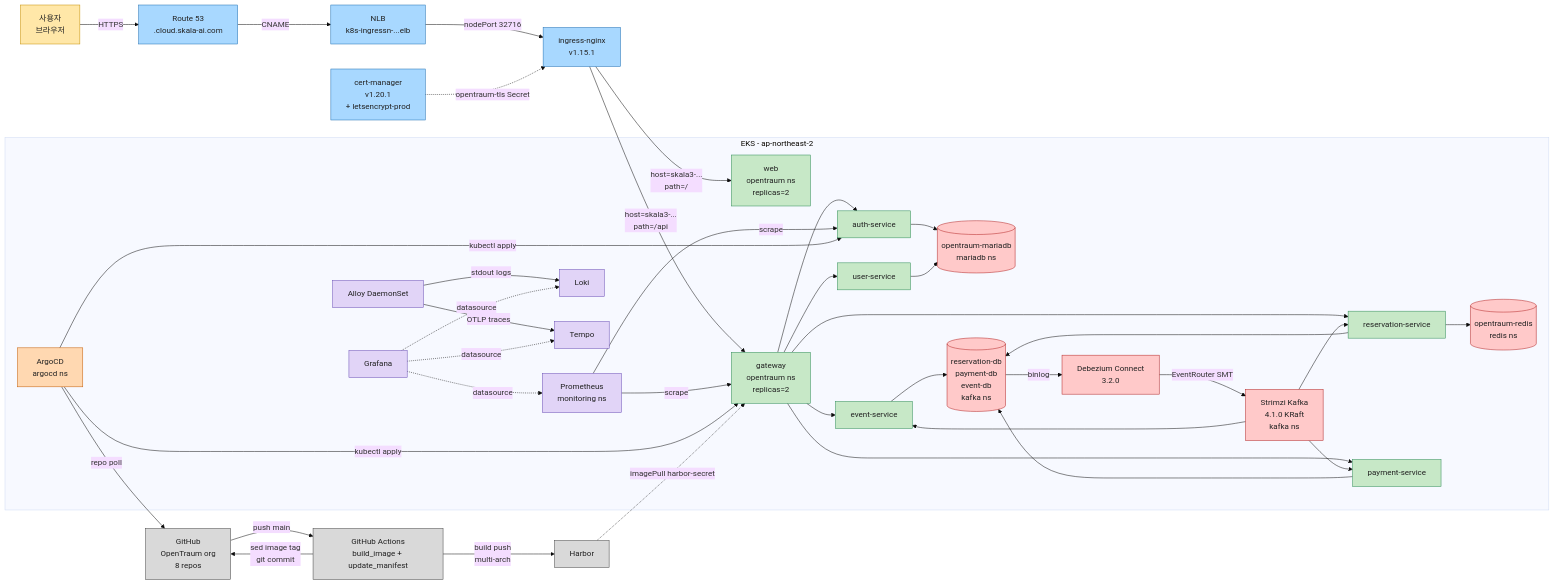
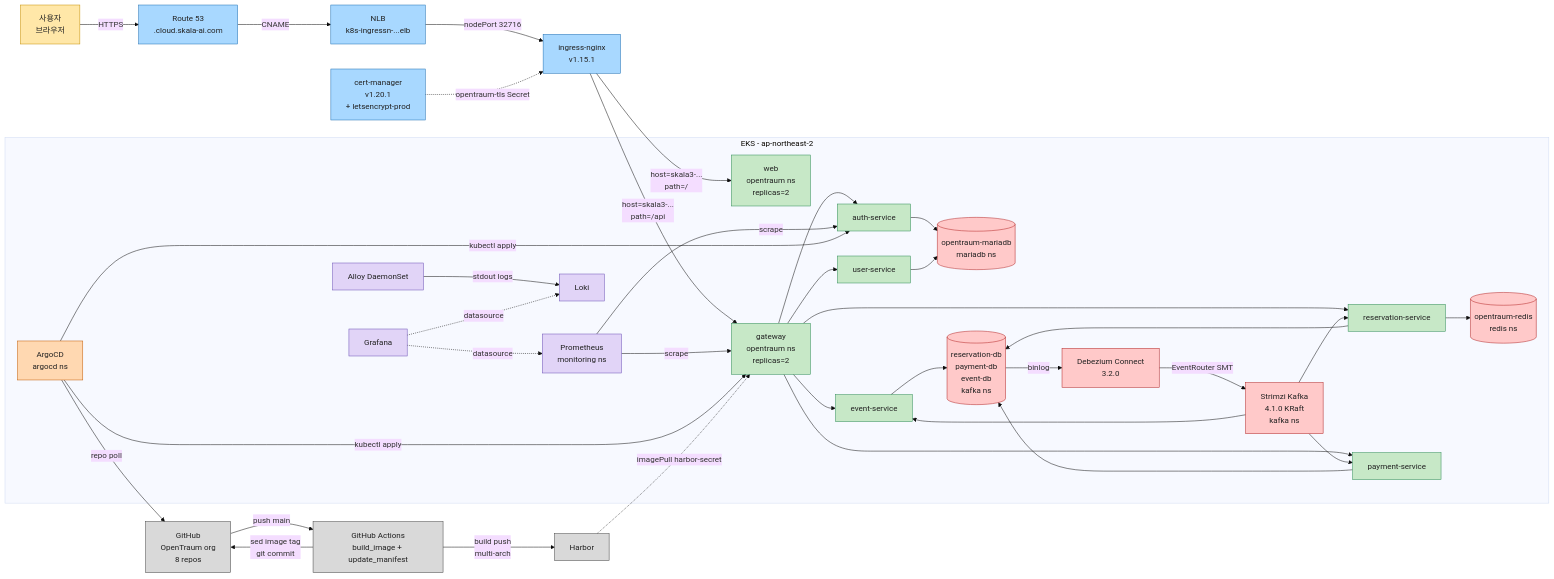
Before and after one commit to OpenTraum/OpenTraum-Infra: the diagram in docs/OPENTRAUM-INFRA-00-INDEX.md, drawn with Mermaid. The commit also changed other lines of this file and 22 other files, not shown here.

```diff
--- a/docs/OPENTRAUM-INFRA-00-INDEX.md
+++ b/docs/OPENTRAUM-INFRA-00-INDEX.md
@@ -149,7 +149,6 @@
         cdcdb[(reservation-db<br/>payment-db<br/>event-db<br/>kafka ns)]
         prom[Prometheus<br/>monitoring ns]
         loki[Loki]
-        tempo[Tempo]
         alloy[Alloy DaemonSet]
         grafana[Grafana]
         argocd[ArgoCD<br/>argocd ns]
@@ -182,12 +181,10 @@
     kafka --> pay
     kafka --> event
     alloy -->|stdout logs| loki
-    alloy -->|OTLP traces| tempo
     prom -->|scrape| gw
     prom -->|scrape| auth
     grafana -.->|datasource| prom
     grafana -.->|datasource| loki
-    grafana -.->|datasource| tempo
 
     gh -->|push main| gha
     gha -->|build push<br/>multi-arch| harbor
@@ -216,7 +213,6 @@
     style cdcdb fill:#FFC9C9,stroke:#B22222,color:#222
     style prom fill:#E1D4F7,stroke:#6A4FB6,color:#222
     style loki fill:#E1D4F7,stroke:#6A4FB6,color:#222
-    style tempo fill:#E1D4F7,stroke:#6A4FB6,color:#222
     style alloy fill:#E1D4F7,stroke:#6A4FB6,color:#222
     style grafana fill:#E1D4F7,stroke:#6A4FB6,color:#222
     style argocd fill:#FFD8B1,stroke:#C25A00,color:#222
```
